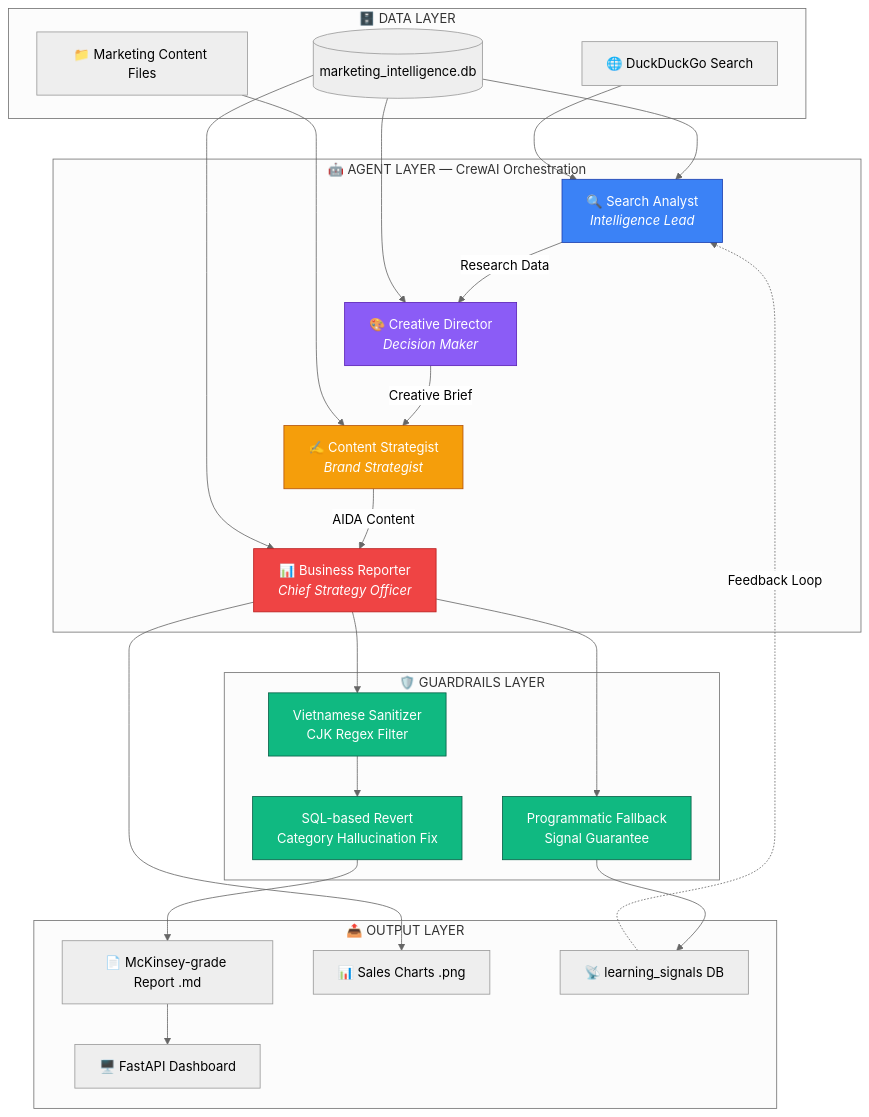
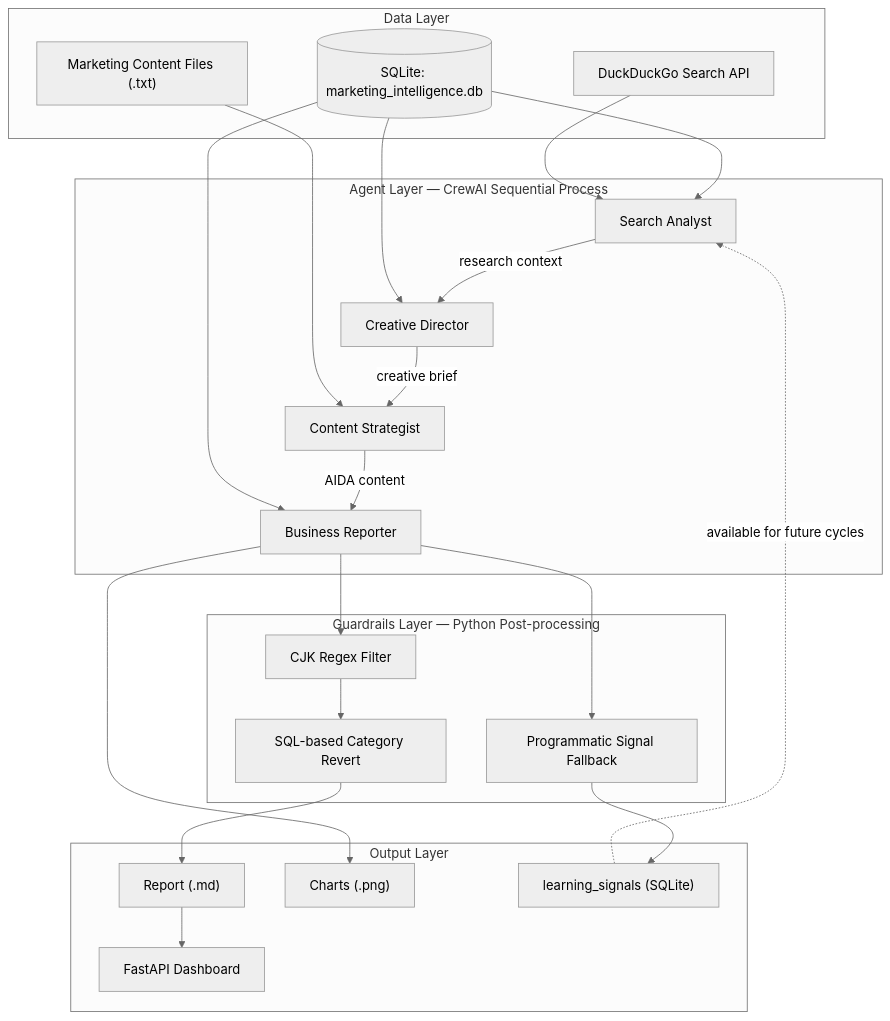
The diagram in README.md (NgocTanHoang/AI-Agent-System-for-Marketing-and-Reporting-Automation), drawn with Mermaid (neutral theme) before and after one commit. The commit also changed other lines of this file, not shown here.

````diff
--- a/README.md
+++ b/README.md
@@ -57,51 +60,43 @@
 ```mermaid
 graph TB
-    subgraph "🗄️ DATA LAYER"
-        DB[(marketing_intelligence.db)]
-        WEB[🌐 DuckDuckGo Search]
-        CMS[📁 Marketing Content Files]
+    subgraph "Data Layer"
+        DB[(SQLite: marketing_intelligence.db)]
+        WEB["DuckDuckGo Search API"]
+        CMS["Marketing Content Files (.txt)"]
     end
 
-    subgraph "🤖 AGENT LAYER — CrewAI Orchestration"
-        A1["🔍 Search Analyst<br/><i>Intelligence Lead</i>"]
-        A2["🎨 Creative Director<br/><i>Decision Maker</i>"]
-        A3["✍️ Content Strategist<br/><i>Brand Strategist</i>"]
-        A4["📊 Business Reporter<br/><i>Chief Strategy Officer</i>"]
+    subgraph "Agent Layer — CrewAI Sequential Process"
+        A1["Search Analyst"]
+        A2["Creative Director"]
+        A3["Content Strategist"]
+        A4["Business Reporter"]
     end
 
-    subgraph "🛡️ GUARDRAILS LAYER"
-        S1[Vietnamese Sanitizer<br/>CJK Regex Filter]
-        S2[SQL-based Revert<br/>Category Hallucination Fix]
-        S3[Programmatic Fallback<br/>Signal Guarantee]
+    subgraph "Guardrails Layer — Python Post-processing"
+        S1["CJK Regex Filter"]
+        S2["SQL-based Category Revert"]
+        S3["Programmatic Signal Fallback"]
     end
 
-    subgraph "📤 OUTPUT LAYER"
-        RPT[📄 McKinsey-grade Report .md]
-        CHART[📊 Sales Charts .png]
-        SIGNAL[📡 learning_signals DB]
-        DASH[🖥️ FastAPI Dashboard]
+    subgraph "Output Layer"
+        RPT["Report (.md)"]
+        CHART["Charts (.png)"]
+        SIGNAL["learning_signals (SQLite)"]
+        DASH["FastAPI Dashboard"]
     end
 
     DB --> A1
     WEB --> A1
-    A1 -->|Research Data| A2
+    A1 -->|"research context"| A2
     DB --> A2
-    A2 -->|Creative Brief| A3
+    A2 -->|"creative brief"| A3
     CMS --> A3
-    A3 -->|AIDA Content| A4
+    A3 -->|"AIDA content"| A4
     DB --> A4
 
     A4 --> S1 --> S2 --> RPT
     A4 --> CHART
     A4 --> S3 --> SIGNAL
     RPT --> DASH
-    SIGNAL -.->|Feedback Loop| A1
-
-    style A1 fill:#3B82F6,stroke:#1E40AF,color:#fff
-    style A2 fill:#8B5CF6,stroke:#5B21B6,color:#fff
-    style A3 fill:#F59E0B,stroke:#B45309,color:#fff
-    style A4 fill:#EF4444,stroke:#B91C1C,color:#fff
-    style S1 fill:#10B981,stroke:#065F46,color:#fff
-    style S2 fill:#10B981,stroke:#065F46,color:#fff
-    style S3 fill:#10B981,stroke:#065F46,color:#fff
+    SIGNAL -.->|"available for future cycles"| A1
 ```
````
